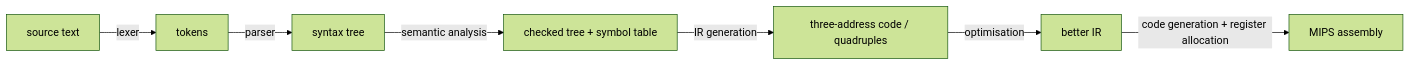
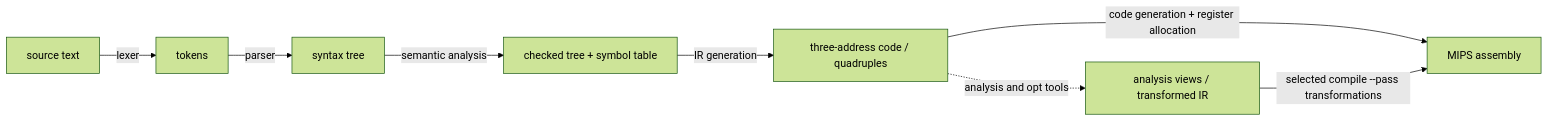
One commit to gdtsitlauri/nexus-platform changed the first of 2 diagrams in docs/courses/NEY613.md. Above: the diagram before and after it, drawn with Mermaid (forest theme). The commit also changed other lines of this file and 54 other files, not shown here.

````diff
--- a/docs/courses/NEY613.md
+++ b/docs/courses/NEY613.md
@@ -10,9 +13,10 @@
 ```mermaid
 flowchart LR
   S["source text"] -->|lexer| T[tokens]
   T -->|parser| A[syntax tree]
   A -->|semantic analysis| C[checked tree + symbol table]
   C -->|IR generation| I["three-address code / quadruples"]
-  I -->|optimisation| I2[better IR]
-  I2 -->|code generation + register allocation| M[MIPS assembly]
+  I -.->|analysis and opt tools| I2[analysis views / transformed IR]
+  I -->|code generation + register allocation| M[MIPS assembly]
+  I2 -->|selected compile --pass transformations| M
 ```
````
